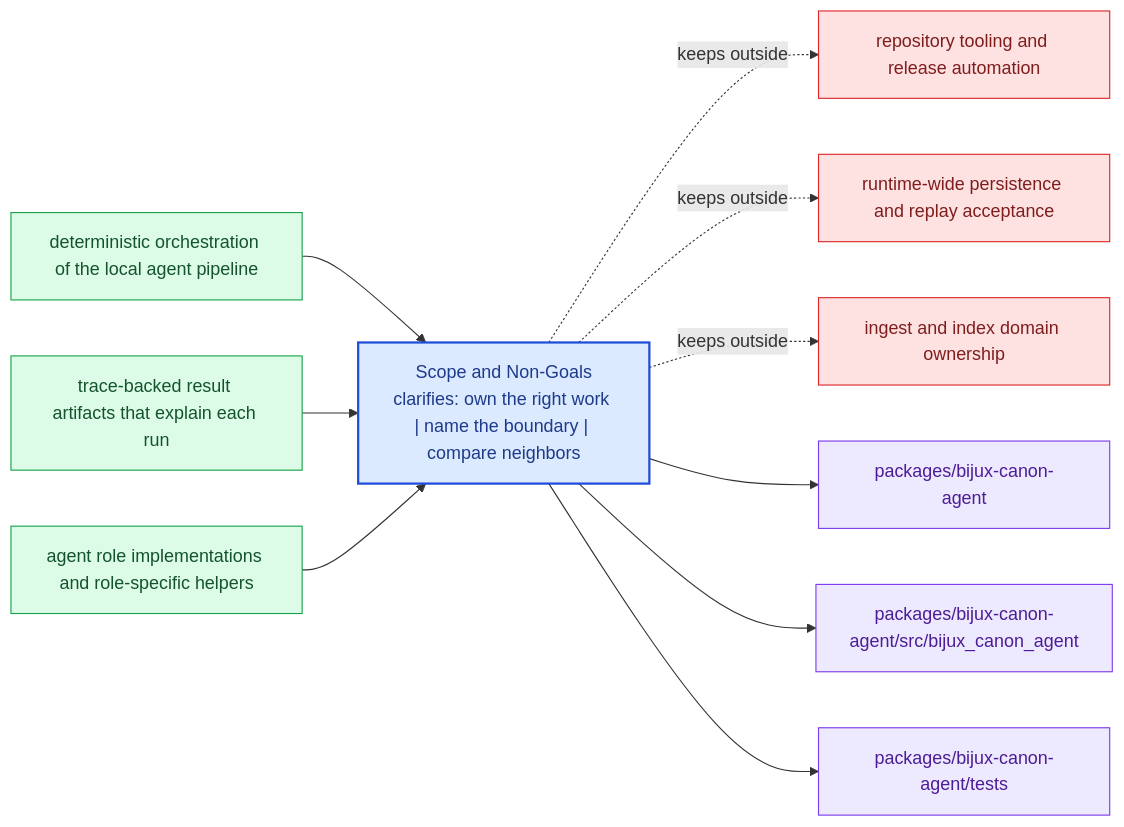
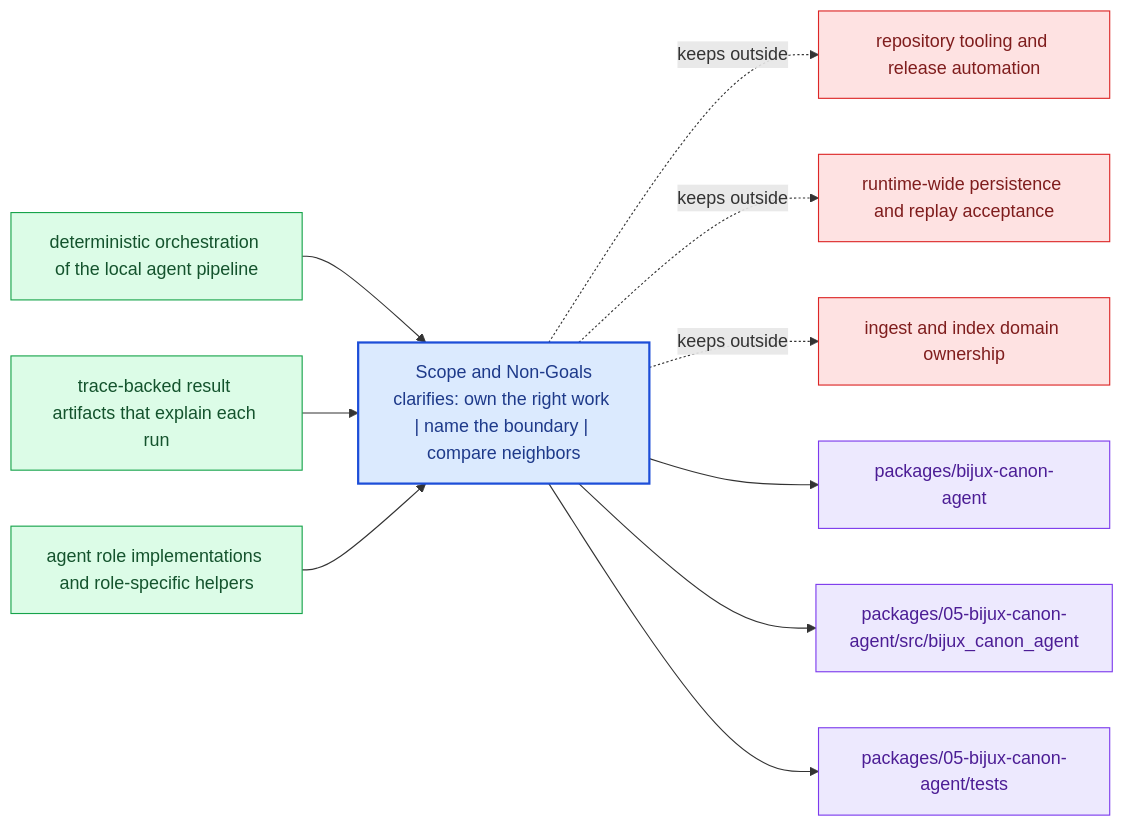
The diagram in docs/05-bijux-canon-agent/foundation/scope-and-non-goals.md (bijux/bijux-canon), drawn with Mermaid before and after one commit. The commit also changed other lines of this file and 167 other files, not shown here.

````diff
--- a/docs/05-bijux-canon-agent/foundation/scope-and-non-goals.md
+++ b/docs/05-bijux-canon-agent/foundation/scope-and-non-goals.md
@@ -24,31 +24,31 @@
 ```mermaid
 flowchart LR
     page["Scope and Non-Goals<br/>clarifies: own the right work | name the boundary | compare neighbors"]
     classDef page fill:#dbeafe,stroke:#1d4ed8,color:#1e3a8a,stroke-width:2px;
     classDef positive fill:#dcfce7,stroke:#16a34a,color:#14532d;
     classDef caution fill:#fee2e2,stroke:#dc2626,color:#7f1d1d;
     classDef anchor fill:#ede9fe,stroke:#7c3aed,color:#4c1d95;
     classDef action fill:#fef3c7,stroke:#d97706,color:#7c2d12;
     own1["deterministic orchestration of the local agent pipeline"]
     own1 --> page
     own2["trace-backed result artifacts that explain each run"]
     own2 --> page
     own3["agent role implementations and role-specific helpers"]
     own3 --> page
     limit1["repository tooling and release automation"]
     page -.keeps outside.-> limit1
     limit2["runtime-wide persistence and replay acceptance"]
     page -.keeps outside.-> limit2
     limit3["ingest and index domain ownership"]
     page -.keeps outside.-> limit3
     anchor1["packages/bijux-canon-agent"]
     page --> anchor1
-    anchor2["packages/bijux-canon-agent/src/bijux_canon_agent"]
+    anchor2["packages/05-bijux-canon-agent/src/bijux_canon_agent"]
     page --> anchor2
-    anchor3["packages/bijux-canon-agent/tests"]
+    anchor3["packages/05-bijux-canon-agent/tests"]
     page --> anchor3
     class page page;
     class own1,own2,own3 positive;
     class limit1,limit2,limit3 caution;
     class anchor1,anchor2,anchor3 anchor;
 ```
````
